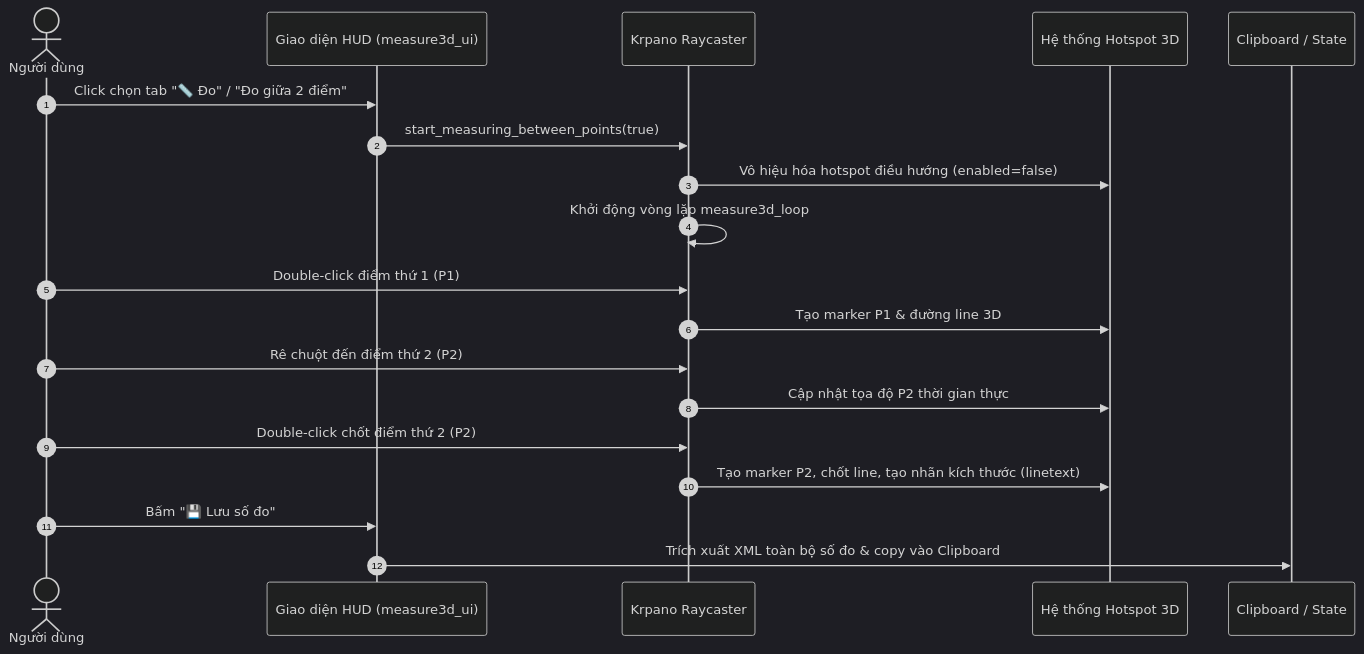
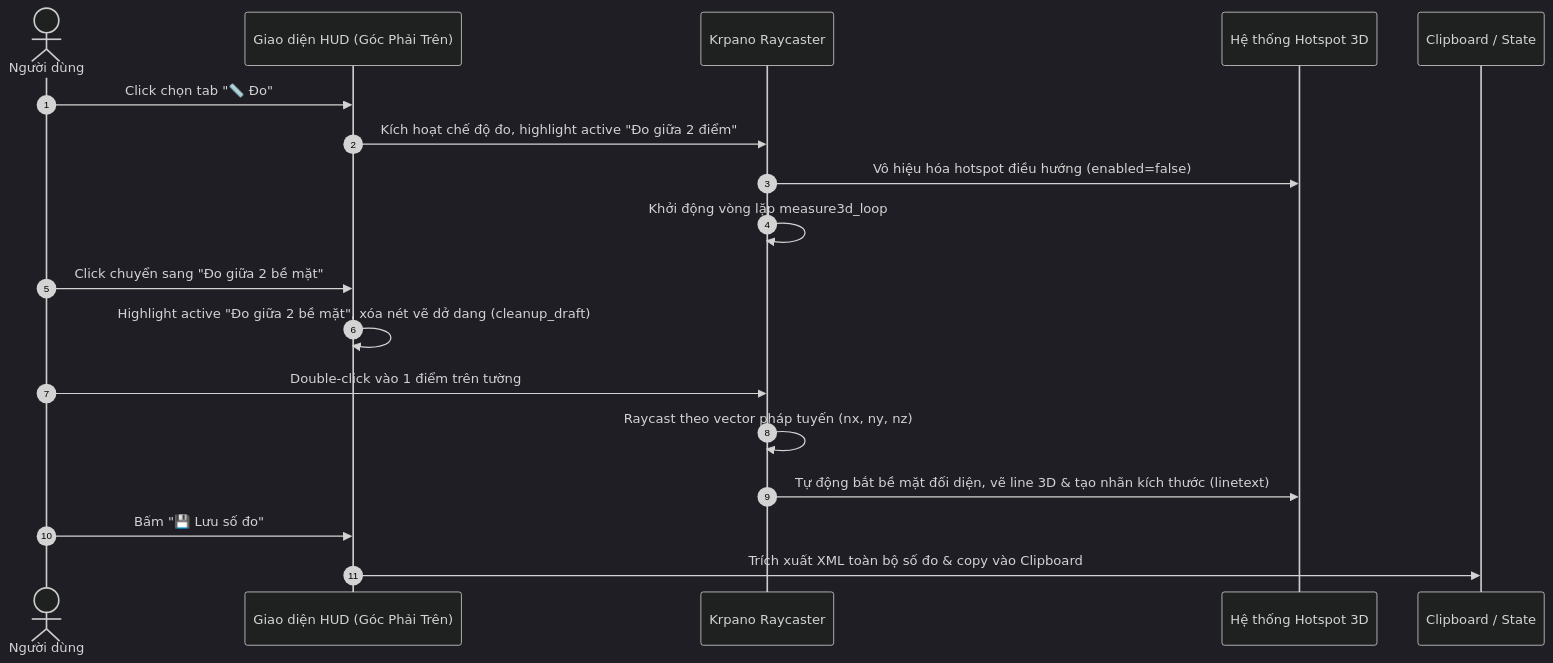
Before and after one commit to tronghunggoku/measure_3d: the second of 3 diagrams in can1pn/krpano_measure3d_documentation.md, drawn with Mermaid (dark theme). The commit also changed other lines of this file, not shown here.

Commit message:
docs: update krpano measure3d documentation with recent UI/UX fixes and IP protection security guide

````diff
--- a/can1pn/krpano_measure3d_documentation.md
+++ b/can1pn/krpano_measure3d_documentation.md
@@ -98,22 +100,21 @@
 ```mermaid
 sequenceDiagram
     autonumber
     actor User as Người dùng
-    participant UI as Giao diện HUD (measure3d_ui)
+    participant UI as Giao diện HUD (Góc Phải Trên)
     participant Engine as Krpano Raycaster
     participant Hotspot as Hệ thống Hotspot 3D
     participant Storage as Clipboard / State
 
-    User->>UI: Click chọn tab "📏 Đo" / "Đo giữa 2 điểm"
-    UI->>Engine: start_measuring_between_points(true)
+    User->>UI: Click chọn tab "📏 Đo"
+    UI->>Engine: Kích hoạt chế độ đo, highlight active "Đo giữa 2 điểm"
     Engine->>Hotspot: Vô hiệu hóa hotspot điều hướng (enabled=false)
     Engine->>Engine: Khởi động vòng lặp measure3d_loop
-    User->>Engine: Double-click điểm thứ 1 (P1)
-    Engine->>Hotspot: Tạo marker P1 & đường line 3D
-    User->>Engine: Rê chuột đến điểm thứ 2 (P2)
-    Engine->>Hotspot: Cập nhật tọa độ P2 thời gian thực
-    User->>Engine: Double-click chốt điểm thứ 2 (P2)
-    Engine->>Hotspot: Tạo marker P2, chốt line, tạo nhãn kích thước (linetext)
+    User->>UI: Click chuyển sang "Đo giữa 2 bề mặt"
+    UI->>UI: Highlight active "Đo giữa 2 bề mặt", xóa nét vẽ dở dang (cleanup_draft)
+    User->>Engine: Double-click vào 1 điểm trên tường
+    Engine->>Engine: Raycast theo vector pháp tuyến (nx, ny, nz)
+    Engine->>Hotspot: Tự động bắt bề mặt đối diện, vẽ line 3D & tạo nhãn kích thước (linetext)
     User->>UI: Bấm "💾 Lưu số đo"
     UI->>Storage: Trích xuất XML toàn bộ số đo & copy vào Clipboard
 ```
````
